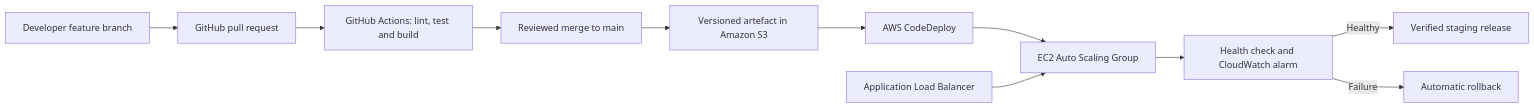
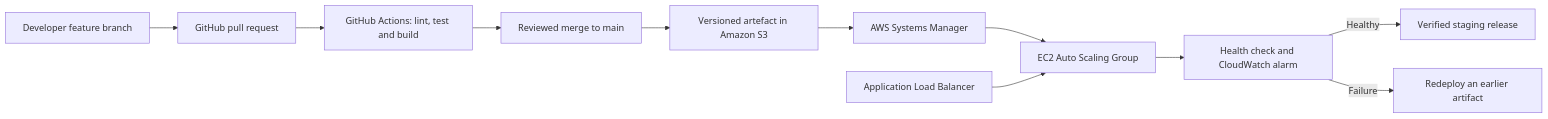
Before and after one commit to CodeCompanion468/b8it122-cicd: the diagram in README.md, drawn with Mermaid. The commit also changed other lines of this file and 13 other files, not shown here.

````diff
--- a/README.md
+++ b/README.md
@@ -23,13 +23,13 @@
 ```mermaid
 flowchart LR
     Developer["Developer feature branch"] --> PR["GitHub pull request"]
     PR --> CI["GitHub Actions: lint, test and build"]
     CI --> Merge["Reviewed merge to main"]
     Merge --> S3["Versioned artefact in Amazon S3"]
-    S3 --> CD["AWS CodeDeploy"]
+    S3 --> CD["AWS Systems Manager"]
     CD --> EC2["EC2 Auto Scaling Group"]
     ALB["Application Load Balancer"] --> EC2
     EC2 --> Health["Health check and CloudWatch alarm"]
     Health -->|Healthy| Staging["Verified staging release"]
-    Health -->|Failure| Rollback["Automatic rollback"]
+    Health -->|Failure| Rollback["Redeploy an earlier artifact"]
 ```
````
